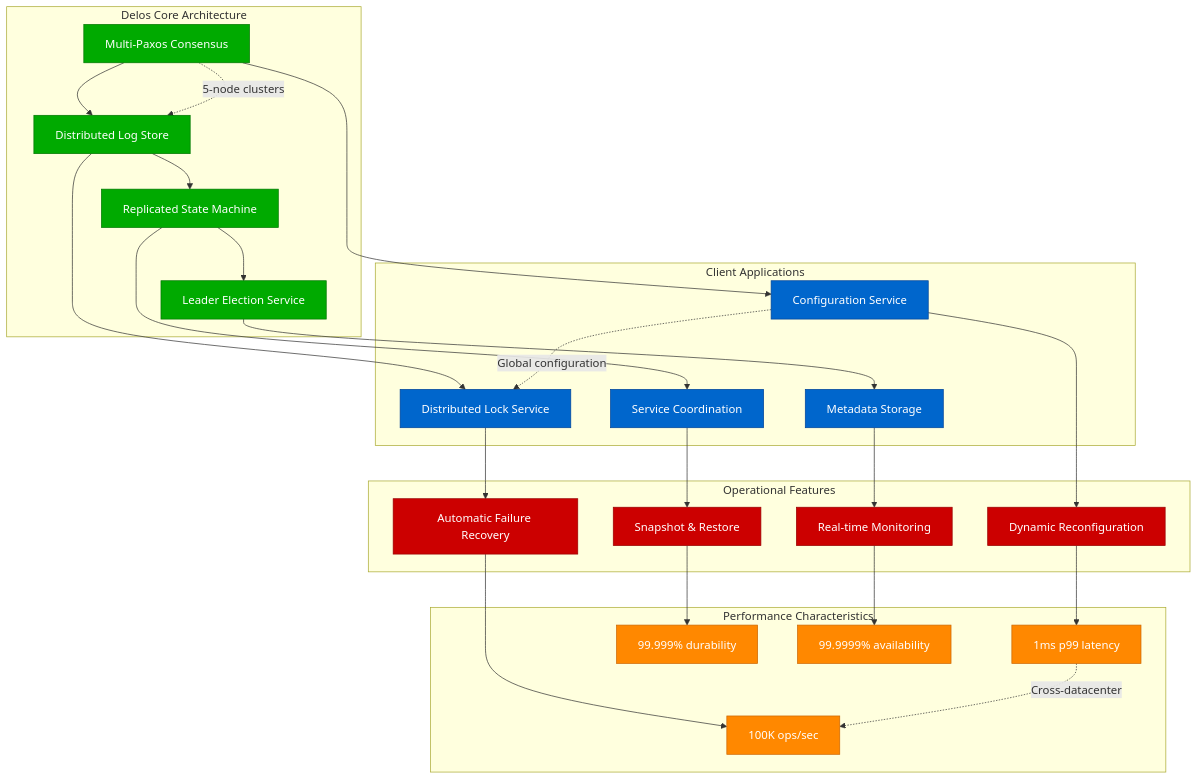
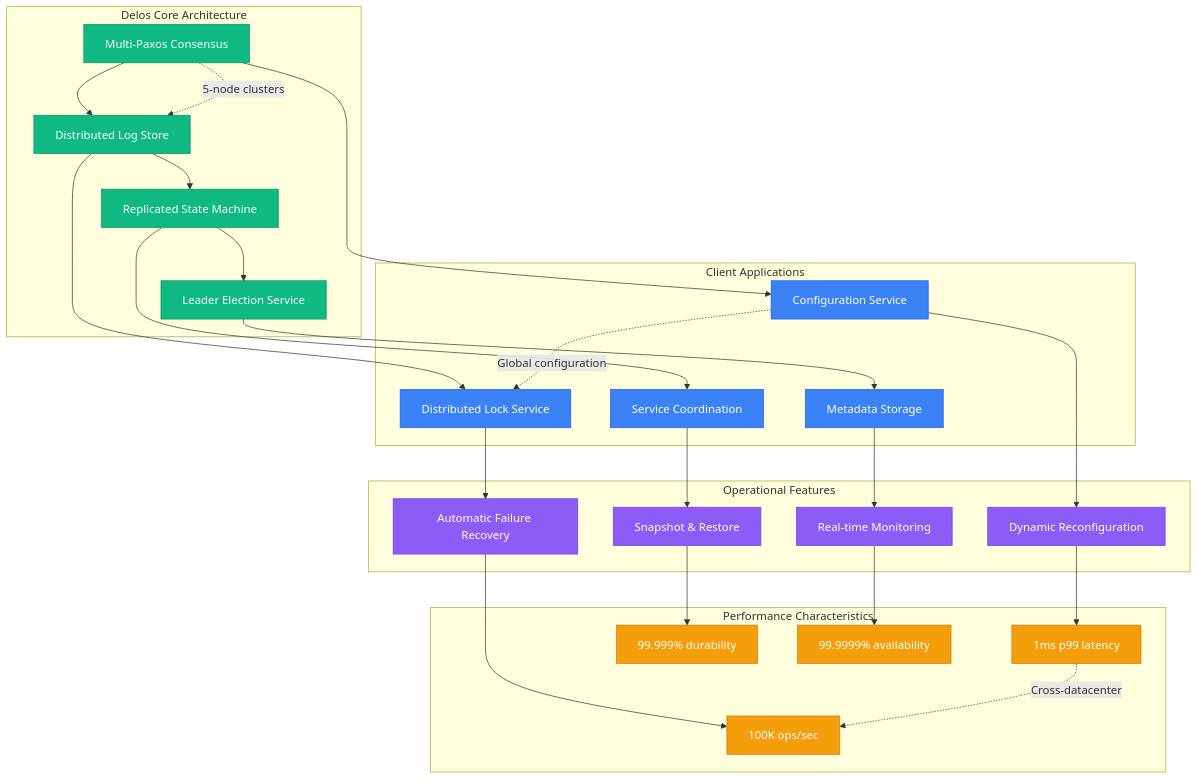
The second of 8 diagrams in site/docs/systems/meta/production-operations.md (deepaucksharma/DS), drawn with Mermaid before and after one commit. The commit also changed other lines of this file and 303 other files, not shown here.

````diff
--- a/site/docs/systems/meta/production-operations.md
+++ b/site/docs/systems/meta/production-operations.md
@@ -84,68 +84,68 @@
 ```mermaid
 graph TB
     subgraph DelosCore[Delos Core Architecture]
         CONSENSUS[Multi-Paxos Consensus]
         LOG_STORE[Distributed Log Store]
         STATE_MACHINE[Replicated State Machine]
         LEADER_ELECTION[Leader Election Service]
     end
 
     subgraph DelosClients[Client Applications]
         CONFIG_SERVICE[Configuration Service]
         LOCK_SERVICE[Distributed Lock Service]
         COORDINATION[Service Coordination]
         METADATA_STORE[Metadata Storage]
     end
 
     subgraph DelosOperations[Operational Features]
         RECONFIGURATION[Dynamic Reconfiguration]
         FAILURE_RECOVERY[Automatic Failure Recovery]
         SNAPSHOT_RESTORE[Snapshot & Restore]
         MONITORING[Real-time Monitoring]
     end
 
     subgraph Performance[Performance Characteristics]
         LATENCY_1MS[1ms p99 latency]
         THROUGHPUT_100K[100K ops/sec]
         DURABILITY_5NINES[99.999% durability]
         AVAILABILITY_6NINES[99.9999% availability]
     end
 
     %% Core flow
     CONSENSUS --> LOG_STORE
     LOG_STORE --> STATE_MACHINE
     STATE_MACHINE --> LEADER_ELECTION
 
     %% Client integration
     CONSENSUS --> CONFIG_SERVICE
     LOG_STORE --> LOCK_SERVICE
     STATE_MACHINE --> COORDINATION
     LEADER_ELECTION --> METADATA_STORE
 
     %% Operational capabilities
     CONFIG_SERVICE --> RECONFIGURATION
     LOCK_SERVICE --> FAILURE_RECOVERY
     COORDINATION --> SNAPSHOT_RESTORE
     METADATA_STORE --> MONITORING
 
     %% Performance metrics
     RECONFIGURATION --> LATENCY_1MS
     FAILURE_RECOVERY --> THROUGHPUT_100K
     SNAPSHOT_RESTORE --> DURABILITY_5NINES
     MONITORING --> AVAILABILITY_6NINES
 
     %% Reliability annotations
     CONSENSUS -.->|"5-node clusters"| LOG_STORE
     CONFIG_SERVICE -.->|"Global configuration"| LOCK_SERVICE
     LATENCY_1MS -.->|"Cross-datacenter"| THROUGHPUT_100K
 
-    classDef coreStyle fill:#00AA00,stroke:#007700,color:#fff
-    classDef clientStyle fill:#0066CC,stroke:#004499,color:#fff
-    classDef opsStyle fill:#CC0000,stroke:#990000,color:#fff
-    classDef perfStyle fill:#FF8800,stroke:#CC6600,color:#fff
+    classDef coreStyle fill:#10B981,stroke:#059669,color:#fff
+    classDef clientStyle fill:#3B82F6,stroke:#2563EB,color:#fff
+    classDef opsStyle fill:#8B5CF6,stroke:#7C3AED,color:#fff
+    classDef perfStyle fill:#F59E0B,stroke:#D97706,color:#fff
 
     class CONSENSUS,LOG_STORE,STATE_MACHINE,LEADER_ELECTION coreStyle
     class CONFIG_SERVICE,LOCK_SERVICE,COORDINATION,METADATA_STORE clientStyle
     class RECONFIGURATION,FAILURE_RECOVERY,SNAPSHOT_RESTORE,MONITORING opsStyle
     class LATENCY_1MS,THROUGHPUT_100K,DURABILITY_5NINES,AVAILABILITY_6NINES perfStyle
 ```
````
